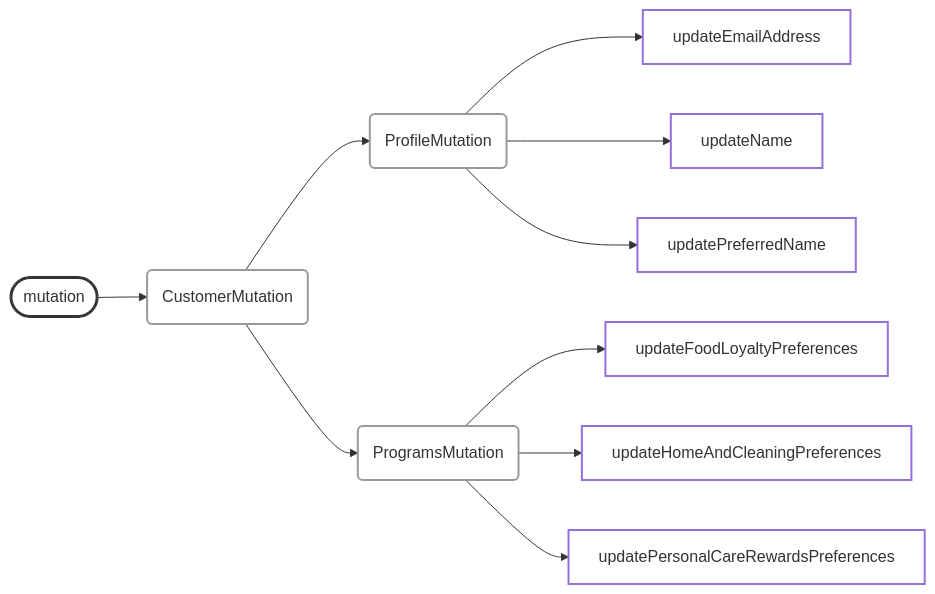
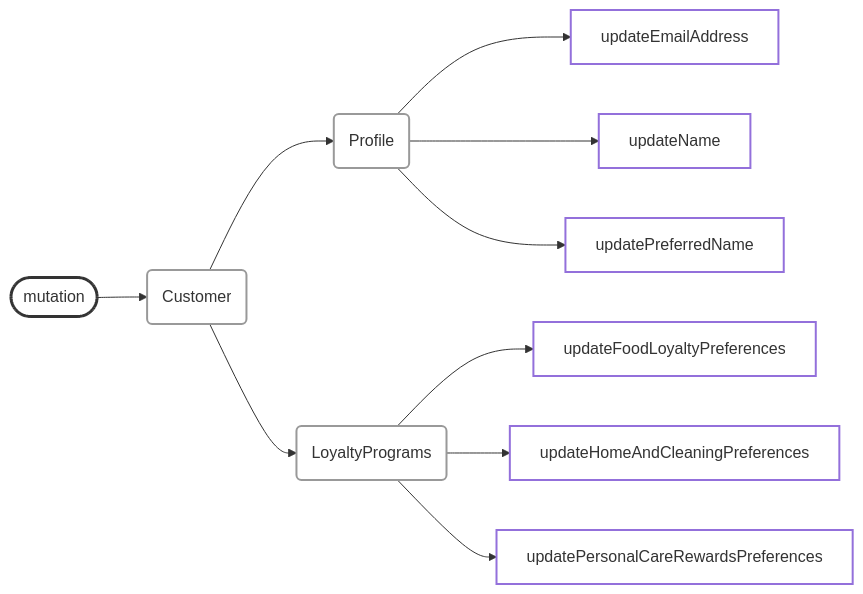
One commit to bcdxn/bcdxn.github.io changed the second of 4 diagrams in _posts/2026-10-07-graphql-mutation-namespacing.md. Above: the diagram before and after it, drawn with Mermaid. The commit also changed other lines of this file and 8 other files, not shown here.

```diff
--- a/_posts/2026-10-07-graphql-mutation-namespacing.md
+++ b/_posts/2026-10-07-graphql-mutation-namespacing.md
@@ -47,25 +47,25 @@
 <pre class="mermaid">
 %%{init: {'themeVariables': { 'edgeLabelBackground': '#fff'}}}%%
 flowchart LR
   classDef default fill:none,stroke-width:2px
   classDef grouping fill:none,stroke:#999,stroke-width:2px
   classDef user fill:none,stroke:#333,stroke-width:3px
 
   mutation([mutation])
-  customer(CustomerMutation)
-  profile(ProfileMutation)
-  programs(ProgramsMutation)
+  customer(Customer)
+  profile(Profile)
+  programs(LoyaltyPrograms)
 
   mutation --> customer
   customer --> profile
   customer --> programs
   programs --> updateFoodLoyaltyPreferences[updateFoodLoyaltyPreferences]
   programs --> updateHomeAndCleaningPreferences[updateHomeAndCleaningPreferences]
   programs --> updatePersonalCareRewardsPreferences[updatePersonalCareRewardsPreferences]
 
   profile --> updateEmailAddress[updateEmailAddress]
   profile --> updateName[updateName]
   profile --> updatePreferredName[updatePreferredName]
   class mutation user
   class customer,profile,programs grouping
 </pre>
```
